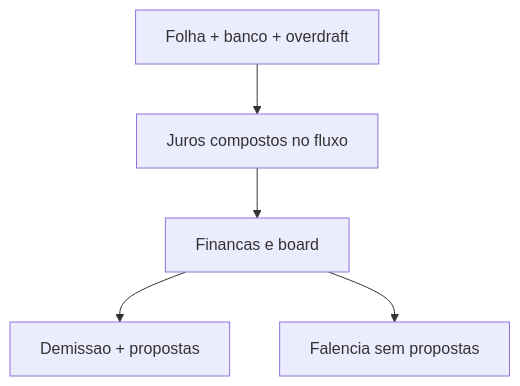
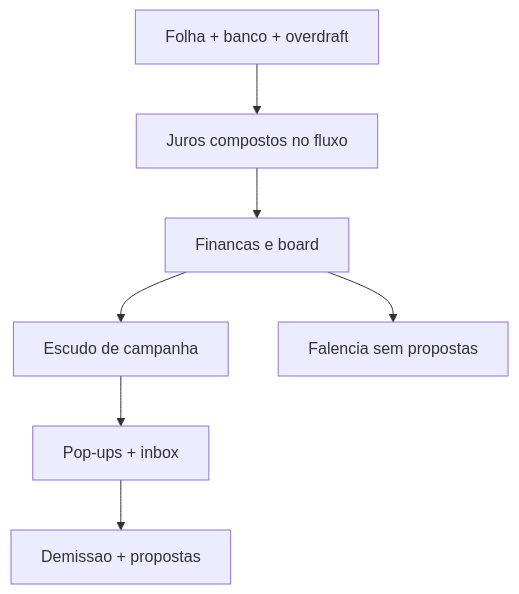
One commit to VinaoGamez/Matchday-Alpha changed the diagram in docs/09-RISCO-QUEBRA-FINANCEIRA.md. Above: the diagram before and after it, drawn with Mermaid. The commit also changed other lines of this file and 30 other files, not shown here.

````diff
--- a/docs/09-RISCO-QUEBRA-FINANCEIRA.md
+++ b/docs/09-RISCO-QUEBRA-FINANCEIRA.md
@@ -19,12 +19,16 @@
 ```mermaid
 flowchart TD
   bill[Folha + banco + overdraft]
   compound[Juros compostos no fluxo]
   meters[Financas e board]
+  shield[Escudo de campanha]
+  warn[Pop-ups + inbox]
   sack[Demissao + propostas]
   broke[Falencia sem propostas]
 
   bill --> compound --> meters
-  meters --> sack
+  meters --> shield
+  shield --> warn
+  warn --> sack
   meters --> broke
 ```
````
